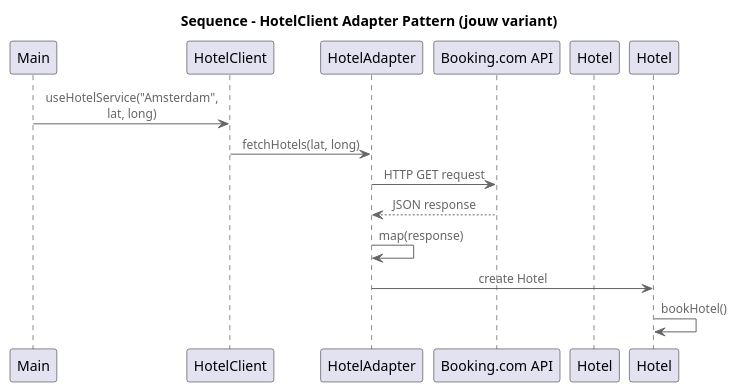
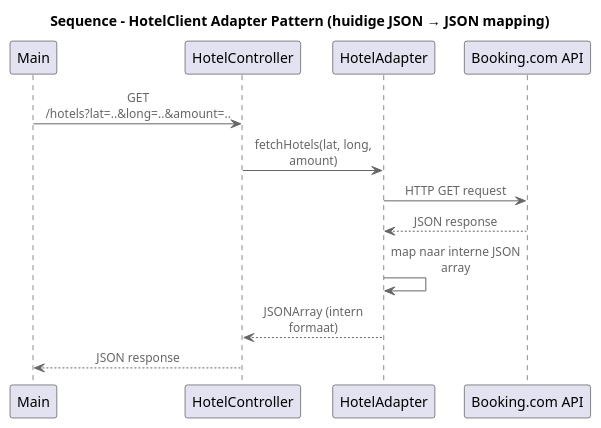
Before and after one commit to AIM-ENE-feb25/triptop-groep-3: the diagram in opdracht-diagrammen/Ontwerpvraag/C4 OntwerpVraag Tren/C4SequenceDiagramOntwerpVraagTren.puml, drawn with PlantUML.

Commit message:
sequence diagram updated

```diff
--- a/opdracht-diagrammen/Ontwerpvraag/C4 OntwerpVraag Tren/C4SequenceDiagramOntwerpVraagTren.puml
+++ b/opdracht-diagrammen/Ontwerpvraag/C4 OntwerpVraag Tren/C4SequenceDiagramOntwerpVraagTren.puml
@@ -1,20 +1,19 @@
 @startuml
 !include https://raw.githubusercontent.com/plantuml-stdlib/C4-PlantUML/master/C4_Component.puml
 
-title Sequence – HotelClient Adapter Pattern (jouw variant)
+title Sequence – HotelClient Adapter Pattern (huidige JSON → JSON mapping)
 
 participant Main
-participant HotelClient
+participant HotelController
 participant HotelAdapter
 participant "Booking.com API"
-participant Hotel as DomainModel
 
-Main -> HotelClient : useHotelService("Amsterdam", lat, long)
-HotelClient -> HotelAdapter : fetchHotels(lat, long)
+Main -> HotelController : GET /hotels?lat=..&long=..&amount=..
+HotelController -> HotelAdapter : fetchHotels(lat, long, amount)
 HotelAdapter -> "Booking.com API" : HTTP GET request
 "Booking.com API" --> HotelAdapter : JSON response
-HotelAdapter -> HotelAdapter : map(response)
-HotelAdapter -> Hotel : create Hotel
-Hotel -> Hotel : bookHotel()
+HotelAdapter -> HotelAdapter : map naar interne JSON array
+HotelAdapter --> HotelController : JSONArray (intern formaat)
+HotelController --> Main : JSON response
 
 @enduml
```
